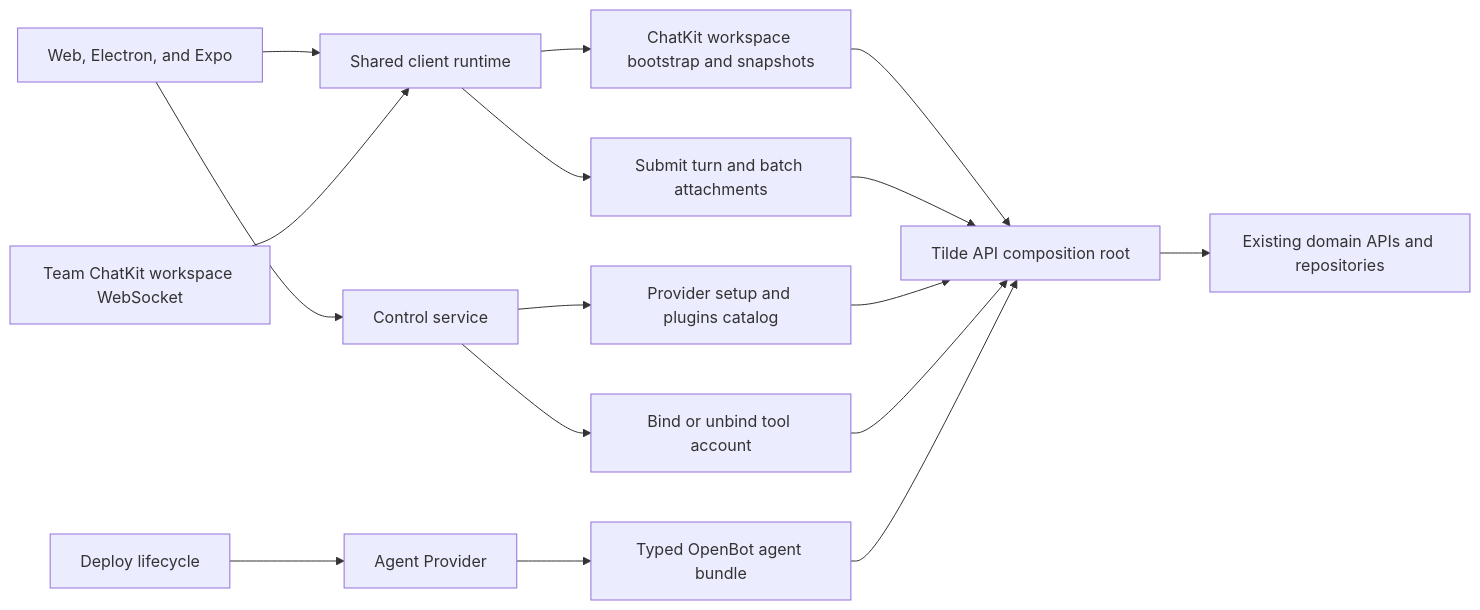
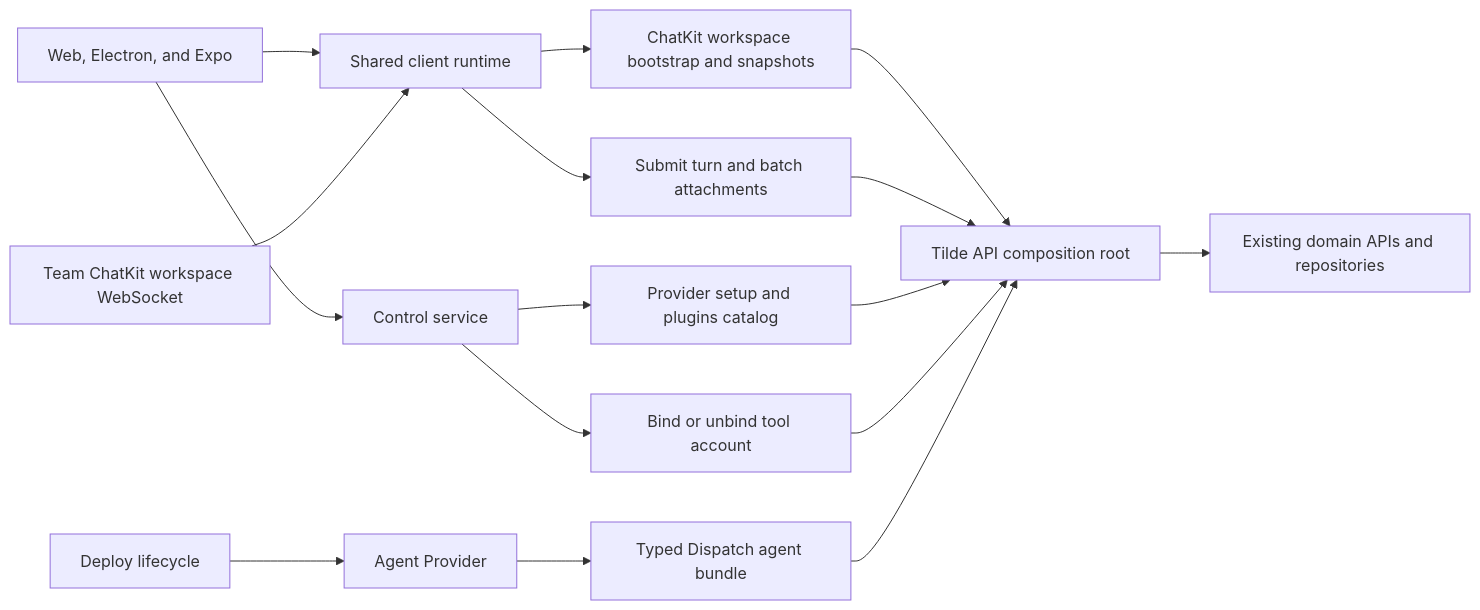
Before and after one commit to trytilde/dispatch: the diagram in docs/updates/86.md, drawn with Mermaid. The commit also changed other lines of this file and 668 other files, not shown here.

````diff
--- a/docs/updates/86.md
+++ b/docs/updates/86.md
@@ -16,18 +16,18 @@
 ```mermaid
 flowchart LR
     UI[Web, Electron, and Expo] --> R[Shared client runtime]
     R --> B[ChatKit workspace bootstrap and snapshots]
     R --> T[Submit turn and batch attachments]
     UI --> C[Control service]
     C --> P[Provider setup and plugins catalog]
     C --> M[Bind or unbind tool account]
     D[Deploy lifecycle] --> A[Agent Provider]
-    A --> G[Typed OpenBot agent bundle]
+    A --> G[Typed Dispatch agent bundle]
     B --> API[Tilde API composition root]
     T --> API
     P --> API
     M --> API
     G --> API
     API --> DOM[Existing domain APIs and repositories]
     WS[Team ChatKit workspace WebSocket] --> R
 ```
````
